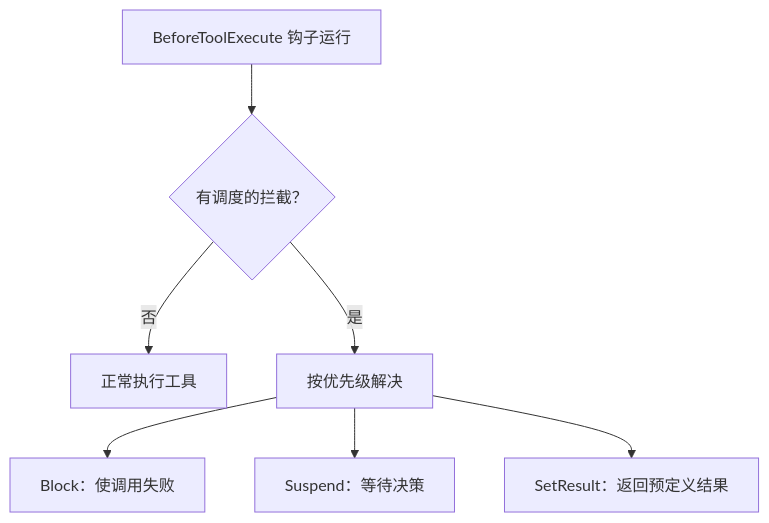
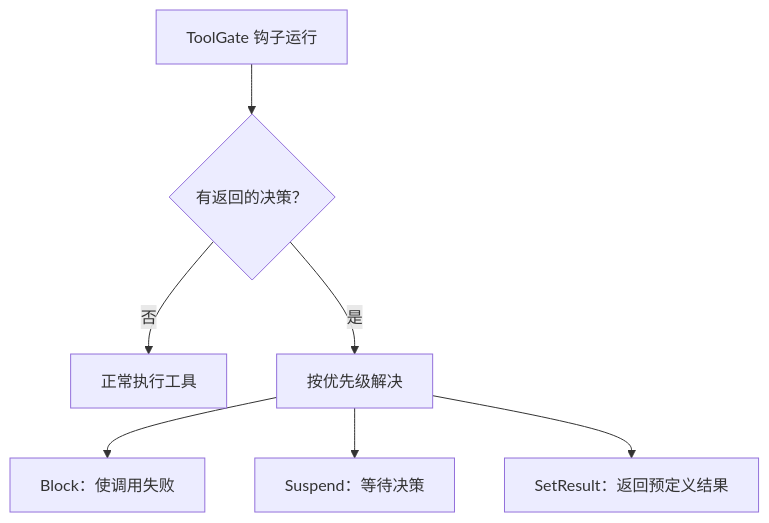
The fourth of 4 diagrams in docs/book/src/zh-CN/explanation/plugin-internals.md (awakenworks/awaken), drawn with Mermaid before and after one commit. The commit also changed other lines of this file and 23 other files, not shown here.

Commit message:
📝 docs(book): sync README and ToolGate docs

````diff
--- a/docs/book/src/zh-CN/explanation/plugin-internals.md
+++ b/docs/book/src/zh-CN/explanation/plugin-internals.md
@@ -212,9 +213,9 @@
 ```mermaid
 flowchart TD
-    BTE[BeforeToolExecute 钩子运行] --> INT{有调度的拦截？}
+    TG[ToolGate 钩子运行] --> INT{有返回的决策？}
     INT -- 否 --> EXEC[正常执行工具]
     INT -- 是 --> PRI[按优先级解决]
     PRI --> B[Block：使调用失败]
     PRI --> S[Suspend：等待决策]
     PRI --> R[SetResult：返回预定义结果]
 ```
````
